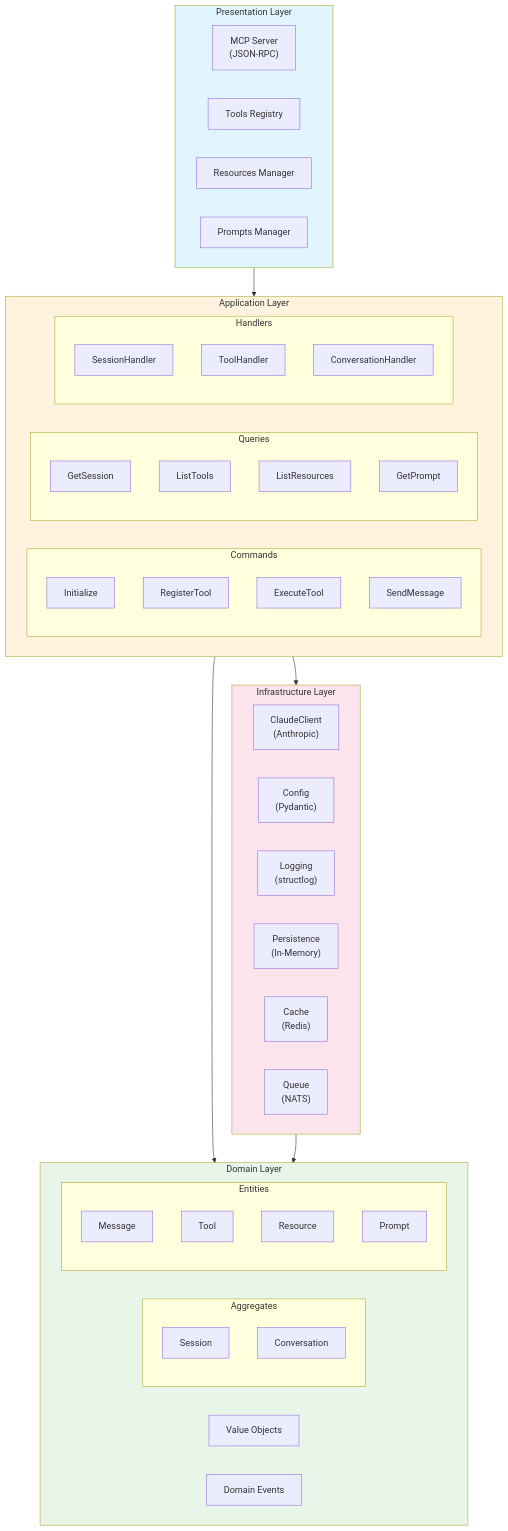
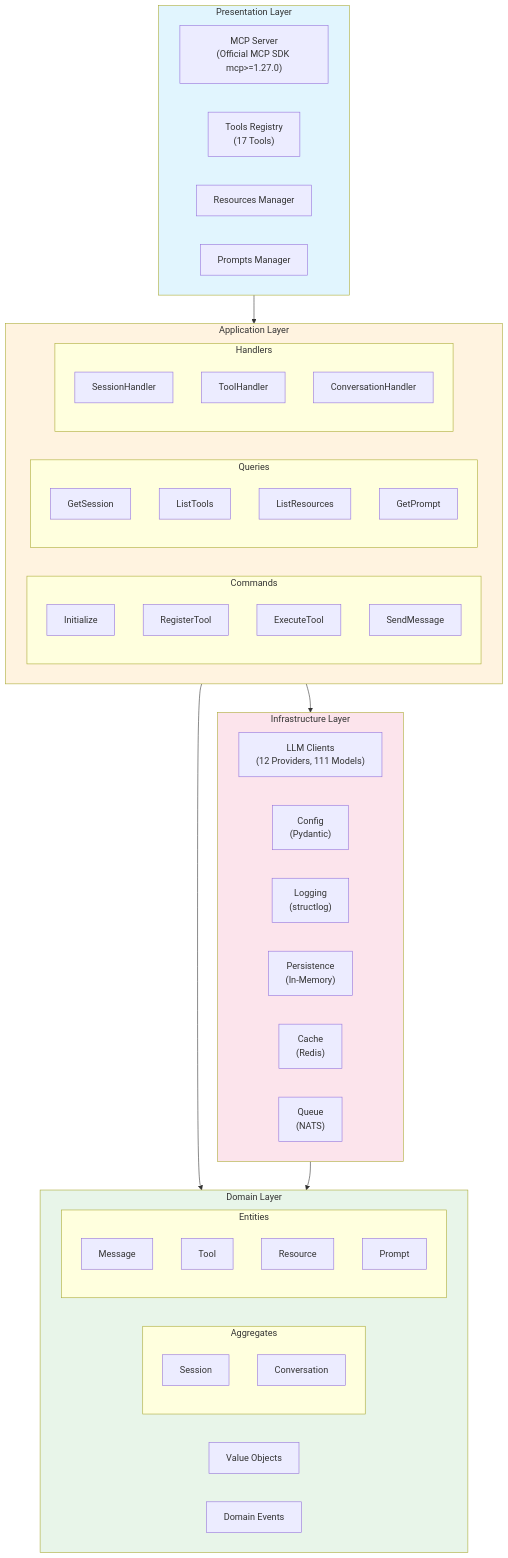
Before and after one commit to telemetryflow/telemetryflow-python-mcp: the first of 11 diagrams in docs/ARCHITECTURE.md, drawn with Mermaid. The commit also changed other lines of this file and 89 other files, not shown here.

````diff
--- a/docs/ARCHITECTURE.md
+++ b/docs/ARCHITECTURE.md
@@ -11,63 +11,63 @@
 ```mermaid
 graph TB
     subgraph Presentation["Presentation Layer"]
-        Server["MCP Server<br/>(JSON-RPC)"]
-        Tools["Tools Registry"]
+        Server["MCP Server<br/>(Official MCP SDK mcp>=1.27.0)"]
+        Tools["Tools Registry<br/>(17 Tools)"]
         Resources["Resources Manager"]
         Prompts["Prompts Manager"]
     end
 
     subgraph Application["Application Layer"]
         subgraph Commands["Commands"]
             C1["Initialize"]
             C2["RegisterTool"]
             C3["ExecuteTool"]
             C4["SendMessage"]
         end
         subgraph Queries["Queries"]
             Q1["GetSession"]
             Q2["ListTools"]
             Q3["ListResources"]
             Q4["GetPrompt"]
         end
         subgraph Handlers["Handlers"]
             H1["SessionHandler"]
             H2["ToolHandler"]
             H3["ConversationHandler"]
         end
     end
 
     subgraph Domain["Domain Layer"]
         subgraph Aggregates["Aggregates"]
             Session["Session"]
             Conversation["Conversation"]
         end
         subgraph Entities["Entities"]
             Message["Message"]
             Tool["Tool"]
             Resource["Resource"]
             Prompt["Prompt"]
         end
         ValueObjects["Value Objects"]
         DomainEvents["Domain Events"]
     end
 
     subgraph Infrastructure["Infrastructure Layer"]
-        Claude["ClaudeClient<br/>(Anthropic)"]
+        LLM["LLM Clients<br/>(12 Providers, 111 Models)"]
         Config["Config<br/>(Pydantic)"]
         Logging["Logging<br/>(structlog)"]
         Persistence["Persistence<br/>(In-Memory)"]
         Cache["Cache<br/>(Redis)"]
         Queue["Queue<br/>(NATS)"]
     end
 
     Presentation --> Application
     Application --> Domain
     Infrastructure --> Domain
     Application --> Infrastructure
 
     style Presentation fill:#e1f5fe
     style Application fill:#fff3e0
     style Domain fill:#e8f5e9
     style Infrastructure fill:#fce4ec
 ```
````
